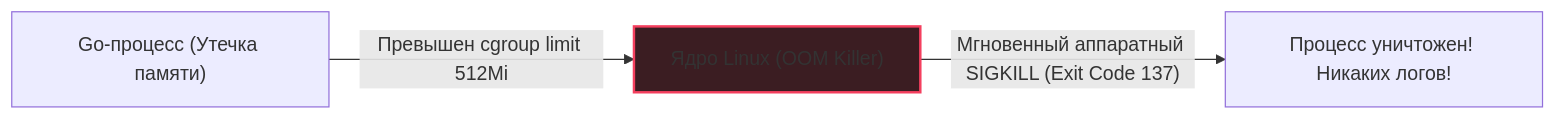
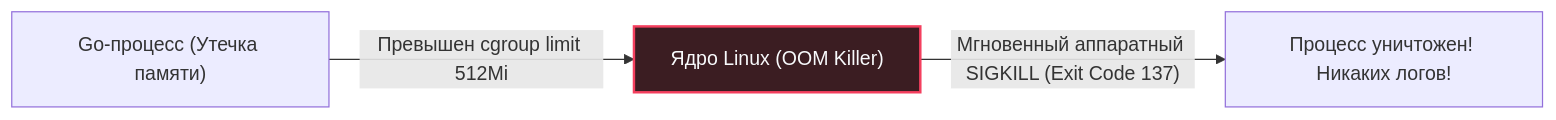
The fifth of 5 diagrams in sources/14. Распределенные системы на Go/07. Kubernetes и деплой/7. Observability в Kubernetes.md (UnrealTemplier/go-textbook), drawn with Mermaid before and after one commit. The commit also changed 310 other files, not shown here.

First line of the commit message:
fix(mermaid): replace light fill colors with dark palette for readability on dark theme

````diff
--- a/sources/14. Распределенные системы на Go/07. Kubernetes и деплой/7. Observability в Kubernetes.md
+++ b/sources/14. Распределенные системы на Go/07. Kubernetes и деплой/7. Observability в Kubernetes.md
@@ -336,7 +336,7 @@
 ```mermaid
 flowchart LR
     GoApp["Go-процесс (Утечка памяти)"] -->|"Превышен cgroup limit 512Mi"| Kernel["Ядро Linux (OOM Killer)"]
     Kernel -->|"Мгновенный аппаратный SIGKILL (Exit Code 137)"| Kill["Процесс уничтожен! Никаких логов!"]
     
-    style Kernel fill:#3b1d22,stroke:#f43f5e,stroke-width:2px
+    style Kernel fill:#3b1d22,stroke:#f43f5e,stroke-width:2px,color:#f8fafc
 ```
````
